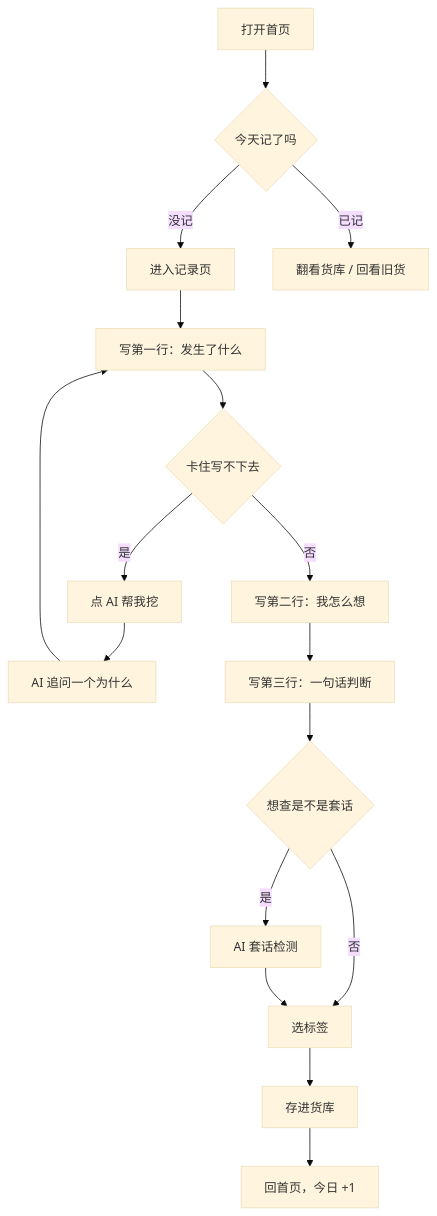
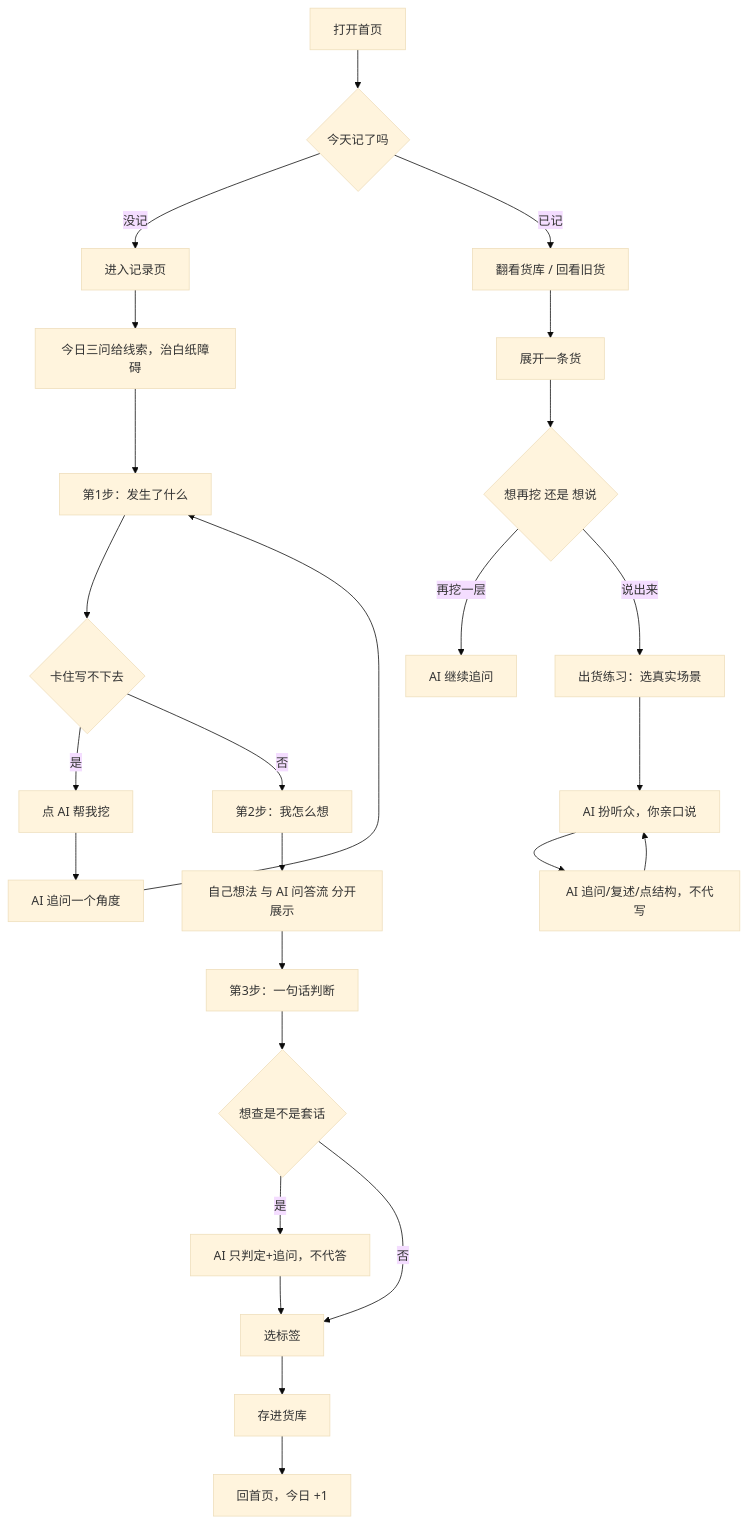
One commit to cjnsndyz1/huoku changed the diagram in 货库表达训练系统-PRD-2026-08-23.md. Above: the diagram before and after it, drawn with Mermaid (base theme). The commit also changed other lines of this file and 1 other file, not shown here.

````diff
--- a/货库表达训练系统-PRD-2026-08-23.md
+++ b/货库表达训练系统-PRD-2026-08-23.md
@@ -82,19 +91,28 @@
 ```mermaid
 flowchart TD
   A[打开首页] --> B{今天记了吗}
   B -->|没记| C[进入记录页]
   B -->|已记| D[翻看货库 / 回看旧货]
-  C --> E[写第一行：发生了什么]
+  C --> C1[今日三问给线索，治白纸障碍]
+  C1 --> E[第1步：发生了什么]
   E --> F{卡住写不下去}
   F -->|是| G[点 AI 帮我挖]
-  G --> H[AI 追问一个为什么]
+  G --> H[AI 追问一个角度]
   H --> E
-  F -->|否| I[写第二行：我怎么想]
-  I --> J[写第三行：一句话判断]
+  F -->|否| I[第2步：我怎么想]
+  I --> I1[自己想法 与 AI 问答流 分开展示]
+  I1 --> J[第3步：一句话判断]
   J --> K{想查是不是套话}
-  K -->|是| L[AI 套话检测]
+  K -->|是| L[AI 只判定+追问，不代答]
   K -->|否| M[选标签]
   L --> M
   M --> N[存进货库]
   N --> O[回首页，今日 +1]
+  D --> P[展开一条货]
+  P --> Q{想再挖 还是 想说}
+  Q -->|再挖一层| R[AI 继续追问]
+  Q -->|说出来| S[出货练习：选真实场景]
+  S --> T[AI 扮听众，你亲口说]
+  T --> U[AI 追问/复述/点结构，不代写]
+  U --> T
 ```
````
